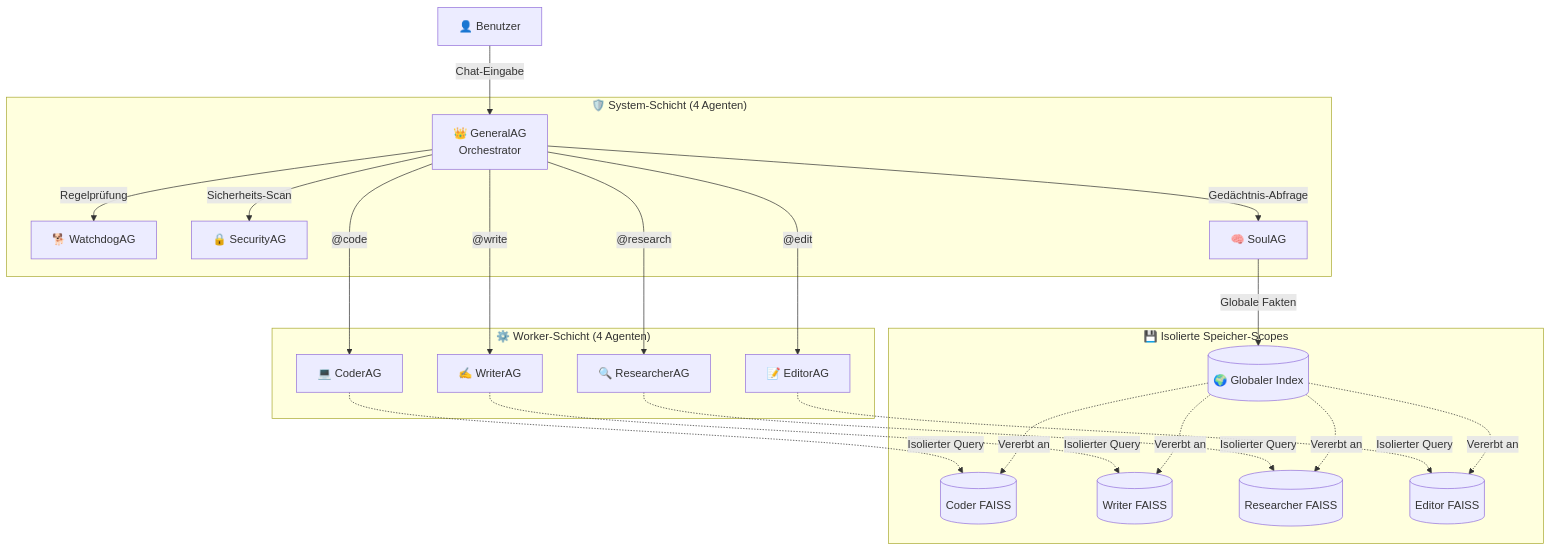
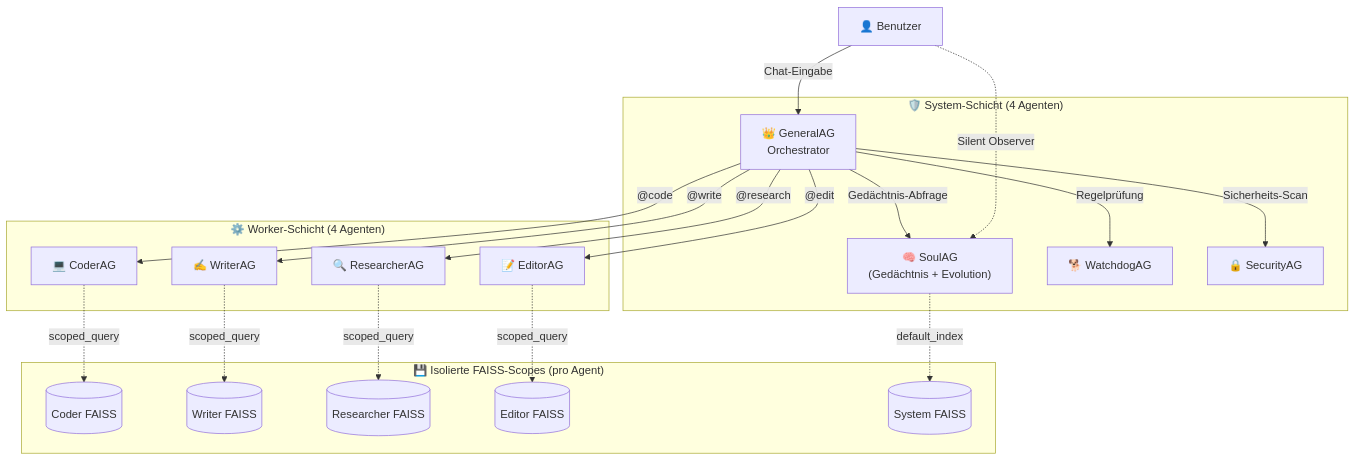
Before and after one commit to landjunge/gnom-hub: the second of 2 diagrams in README.de.md, drawn with Mermaid. The commit also changed other lines of this file and 7 other files, not shown here.

First line of the commit message:
docs(readme): diagram fact-check + fresh screenshots (current state)

````diff
--- a/README.de.md
+++ b/README.de.md
@@ -224,29 +226,26 @@
 ```mermaid
 graph TD
     U["👤 Benutzer"] -->|Chat-Eingabe| G["👑 GeneralAG<br/>Orchestrator"]
+    U -.->|"Silent Observer"| So["🧠 SoulAG<br/>(Gedächtnis + Evolution)"]
     
     subgraph Admin ["🛡️ System-Schicht (4 Agenten)"]
         G -->|"Regelprüfung"| W["🐕 WatchdogAG"]
         G -->|"Sicherheits-Scan"| S["🔒 SecurityAG"]
-        G -->|"Gedächtnis-Abfrage"| So["🧠 SoulAG"]
+        G -->|"Gedächtnis-Abfrage"| So
     end
 
     subgraph Workers ["⚙️ Worker-Schicht (4 Agenten)"]
         G -->|"@code"| C["💻 CoderAG"]
         G -->|"@write"| Wr["✍️ WriterAG"]
         G -->|"@research"| R["🔍 ResearcherAG"]
         G -->|"@edit"| E["📝 EditorAG"]
     end
 
-    subgraph Memory ["💾 Isolierte Speicher-Scopes"]
-        So -->|"Globale Fakten"| GS[("🌍 Globaler Index")]
-        C -.->|"Isolierter Query"| MC[("Coder FAISS")]
-        Wr -.->|"Isolierter Query"| MWr[("Writer FAISS")]
-        R -.->|"Isolierter Query"| MR[("Researcher FAISS")]
-        E -.->|"Isolierter Query"| ME[("Editor FAISS")]
-        GS -.->|"Vererbt an"| MC
-        GS -.->|"Vererbt an"| MWr
-        GS -.->|"Vererbt an"| MR
-        GS -.->|"Vererbt an"| ME
+    subgraph Memory ["💾 Isolierte FAISS-Scopes (pro Agent)"]
+        C -.->|"scoped_query"| MC[("Coder FAISS")]
+        Wr -.->|"scoped_query"| MWr[("Writer FAISS")]
+        R -.->|"scoped_query"| MR[("Researcher FAISS")]
+        E -.->|"scoped_query"| ME[("Editor FAISS")]
+        So -.->|"default_index"| MDef[("System FAISS")]
     end
 ```
````
